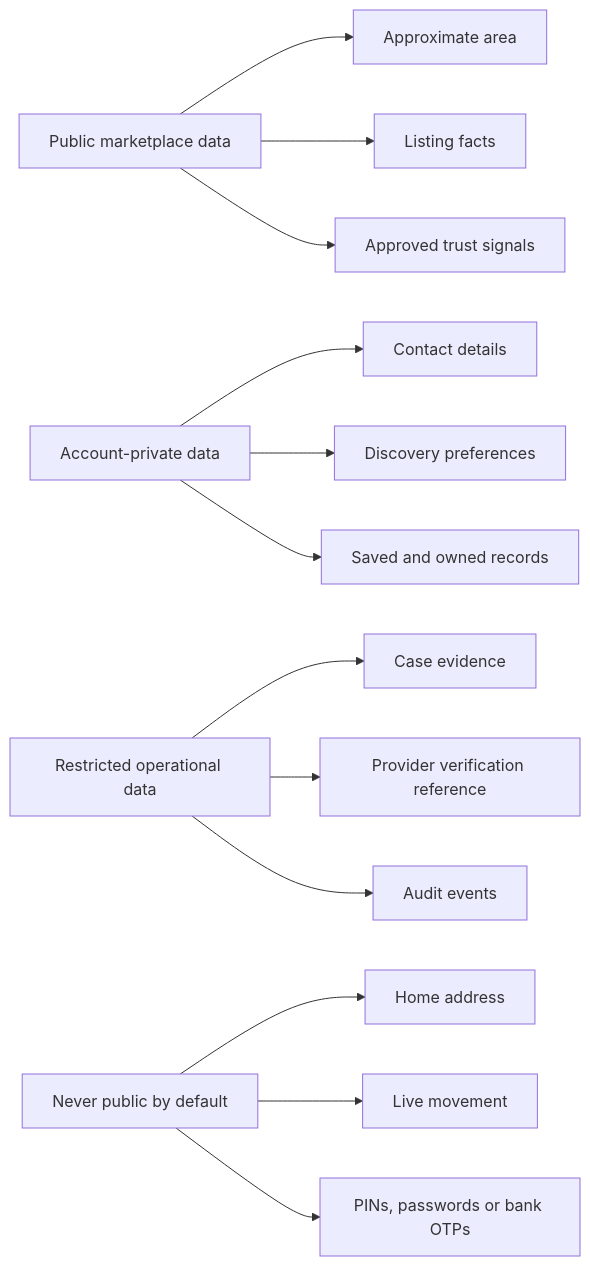
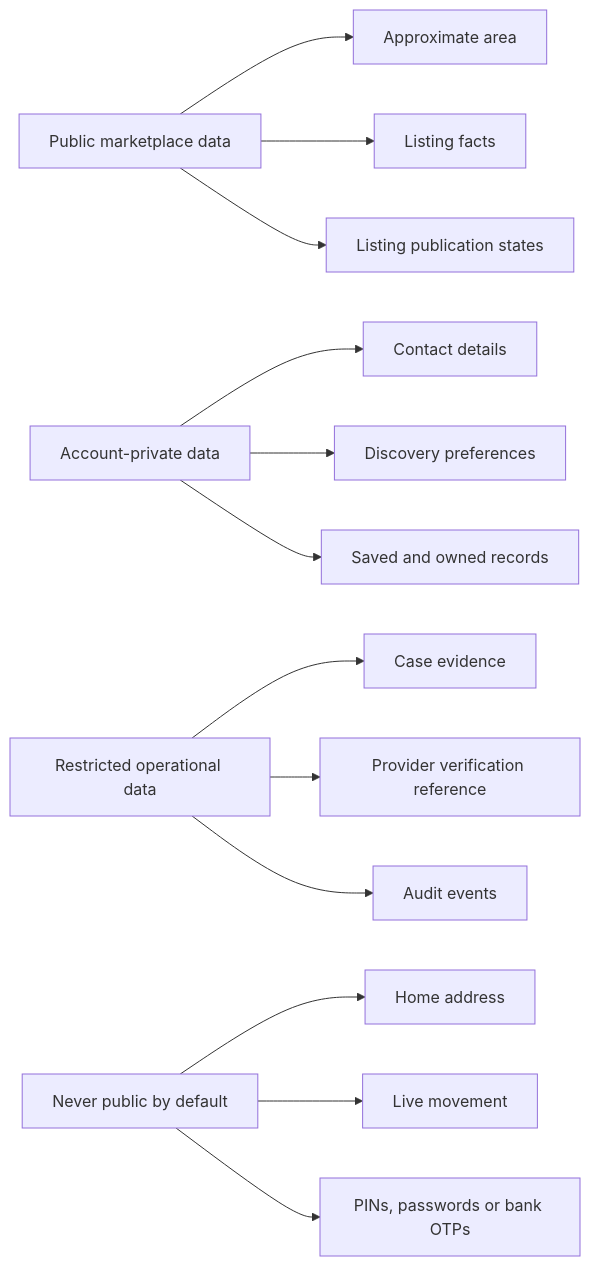
One commit to freeman-ipumbu/soek-iets-use-case changed the second of 2 diagrams in docs/architecture.md. Above: the diagram before and after it, drawn with Mermaid. The commit also changed other lines of this file and 8 other files, not shown here.

````diff
--- a/docs/architecture.md
+++ b/docs/architecture.md
@@ -133,18 +151,18 @@
 ```mermaid
 flowchart LR
     PUBLIC[Public marketplace data] --> AREA[Approximate area]
     PUBLIC --> LISTING[Listing facts]
-    PUBLIC --> SIGNALS[Approved trust signals]
+    PUBLIC --> SIGNALS[Listing publication states]
 
     PRIVATE[Account-private data] --> CONTACT[Contact details]
     PRIVATE --> PREF[Discovery preferences]
     PRIVATE --> ACTIVITY[Saved and owned records]
 
     RESTRICTED[Restricted operational data] --> CASES[Case evidence]
     RESTRICTED --> IDREF[Provider verification reference]
     RESTRICTED --> AUDIT[Audit events]
 
     NEVER[Never public by default] --> HOME[Home address]
     NEVER --> LIVE[Live movement]
     NEVER --> BANK[PINs, passwords or bank OTPs]
 ```
````
